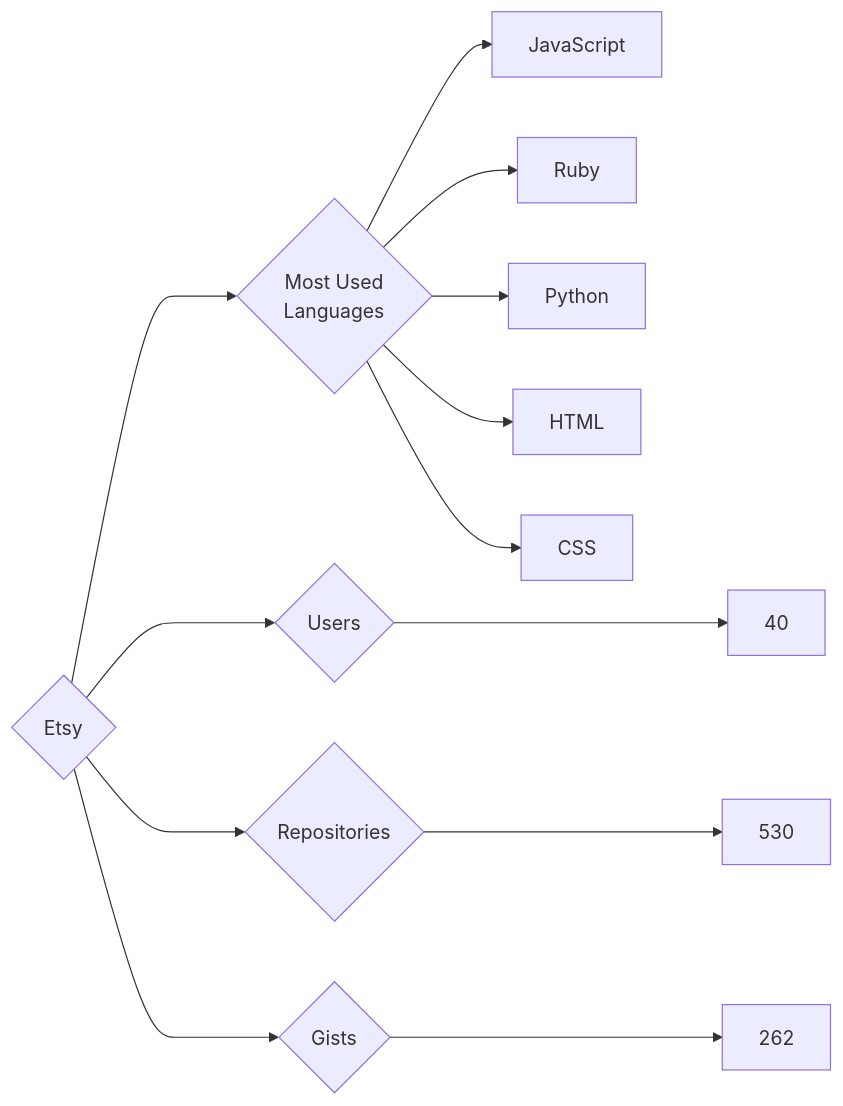
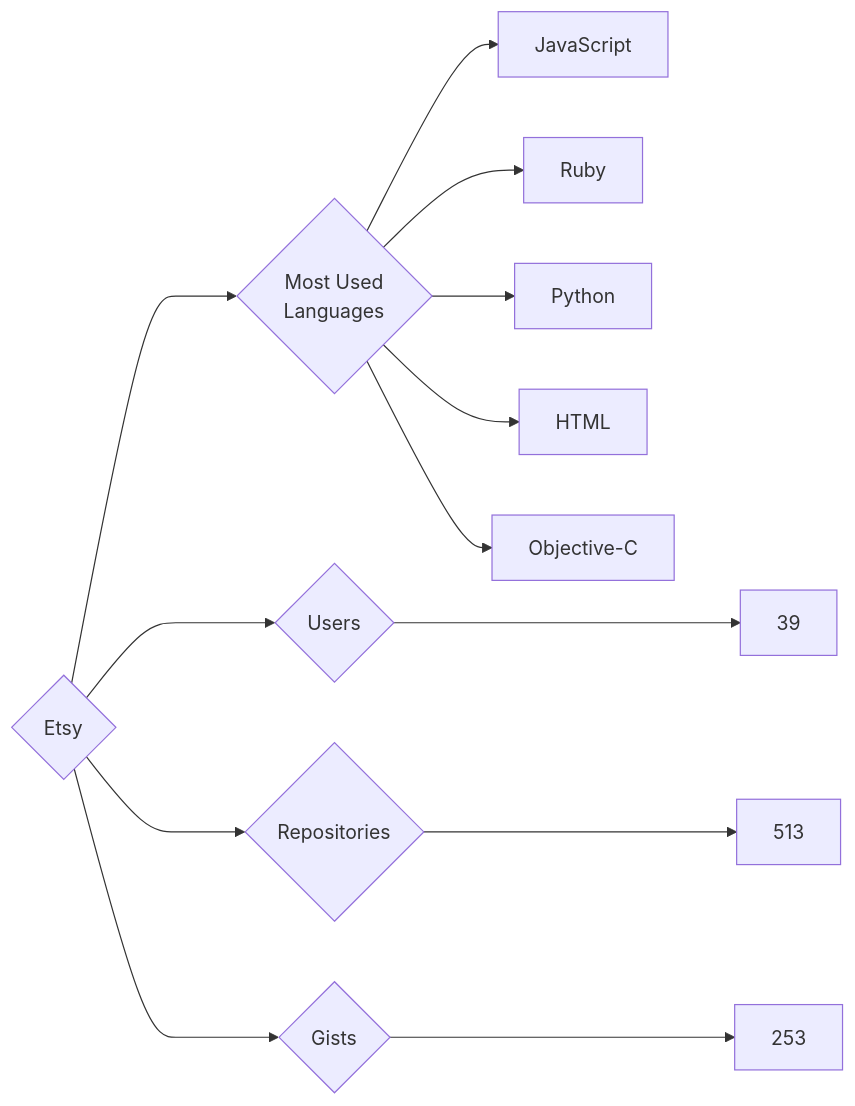
The diagram in targets/Etsy/README.md (trickest/insiders), drawn with Mermaid before and after one commit. The commit also changed 1238 other files, not shown here.

````diff
--- a/targets/Etsy/README.md
+++ b/targets/Etsy/README.md
@@ -3,13 +3,13 @@
 ```mermaid
 graph LR
 COMPANY_NAME{Etsy}
-COMPANY_NAME ---> U{Users} ---> UN[40]
-COMPANY_NAME ---> R{Repositories} ---> RN[530]
-COMPANY_NAME ---> G{Gists} ---> GN[262]
+COMPANY_NAME ---> U{Users} ---> UN[39]
+COMPANY_NAME ---> R{Repositories} ---> RN[513]
+COMPANY_NAME ---> G{Gists} ---> GN[253]
 COMPANY_NAME ---> ML{Most Used<br>Languages}
 ML --> JavaScript[JavaScript]
 ML --> Ruby[Ruby]
 ML --> Python[Python]
 ML --> HTML[HTML]
-ML --> CSS[CSS]
+ML --> Objective-C[Objective-C]
 ```
````
